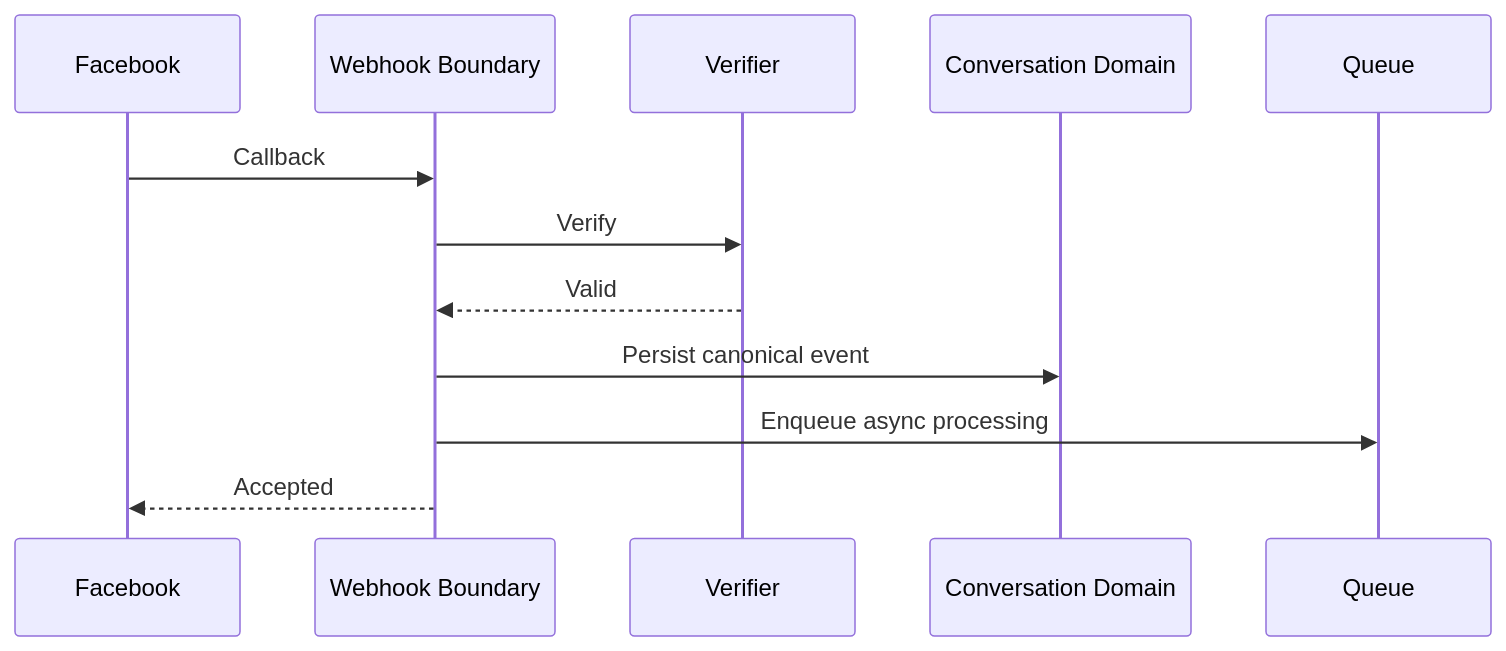
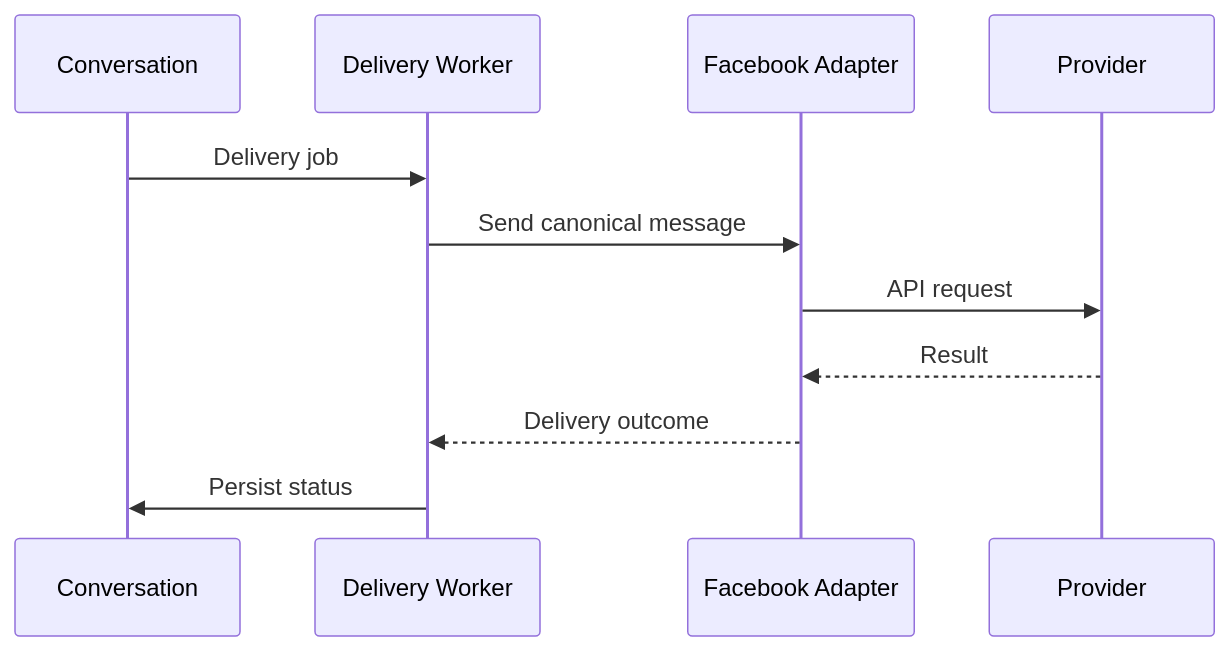
The second of 2 diagrams in docs/integrations/facebook.md (D-engahmed/OMILINKS), drawn with Mermaid before and after one commit. The commit also changed other lines of this file and 2 other files, not shown here.

Commit message:
docs: deepen whatsapp instagram and facebook adapter contracts

```diff
--- a/docs/integrations/facebook.md
+++ b/docs/integrations/facebook.md
@@ -27,14 +44,13 @@
 ~~~mermaid
 sequenceDiagram
-    participant P as Facebook
-    participant W as Webhook Boundary
-    participant V as Verifier
-    participant D as Conversation Domain
-    participant Q as Queue
-    P->>W: Callback
-    W->>V: Verify
-    V-->>W: Valid
-    W->>D: Persist canonical event
-    W->>Q: Enqueue async processing
-    W-->>P: Accepted
+participant C as Conversation
+participant Q as Delivery Worker
+participant A as Facebook Adapter
+participant P as Provider
+C->>Q: Delivery job
+Q->>A: Send canonical message
+A->>P: API request
+P-->>A: Result
+A-->>Q: Delivery outcome
+Q->>C: Persist status
 ~~~
```
